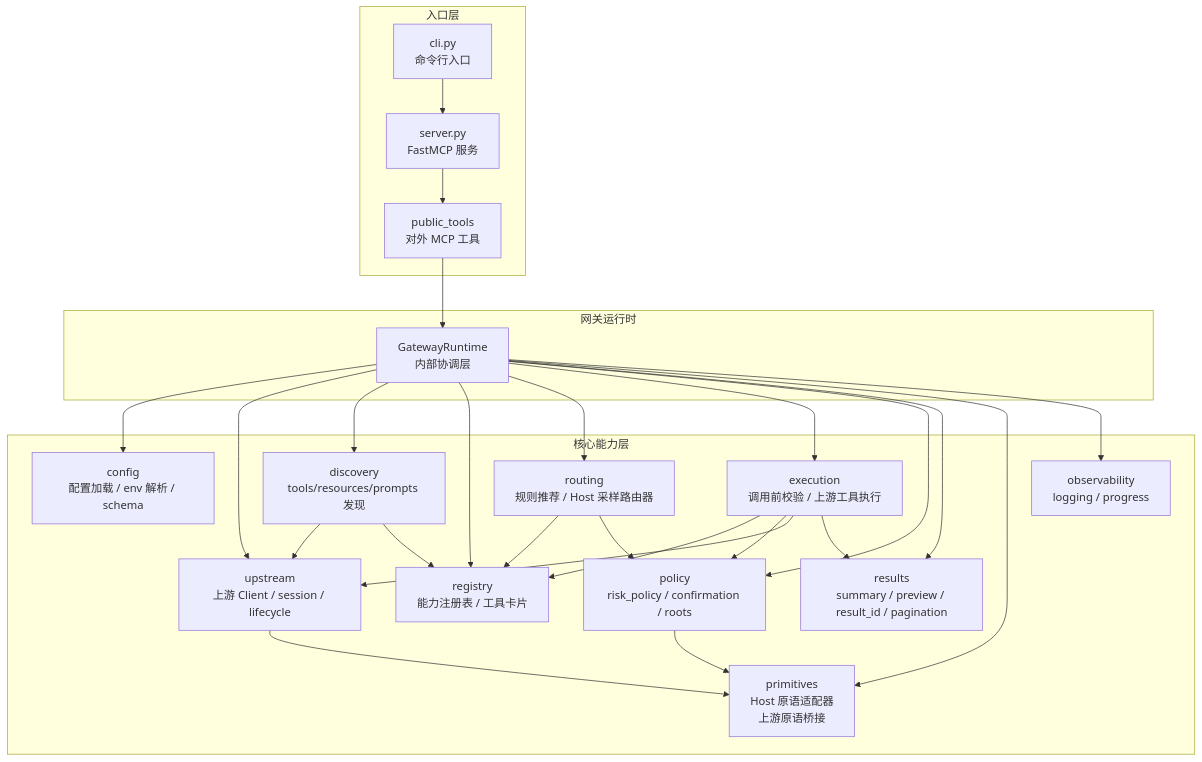
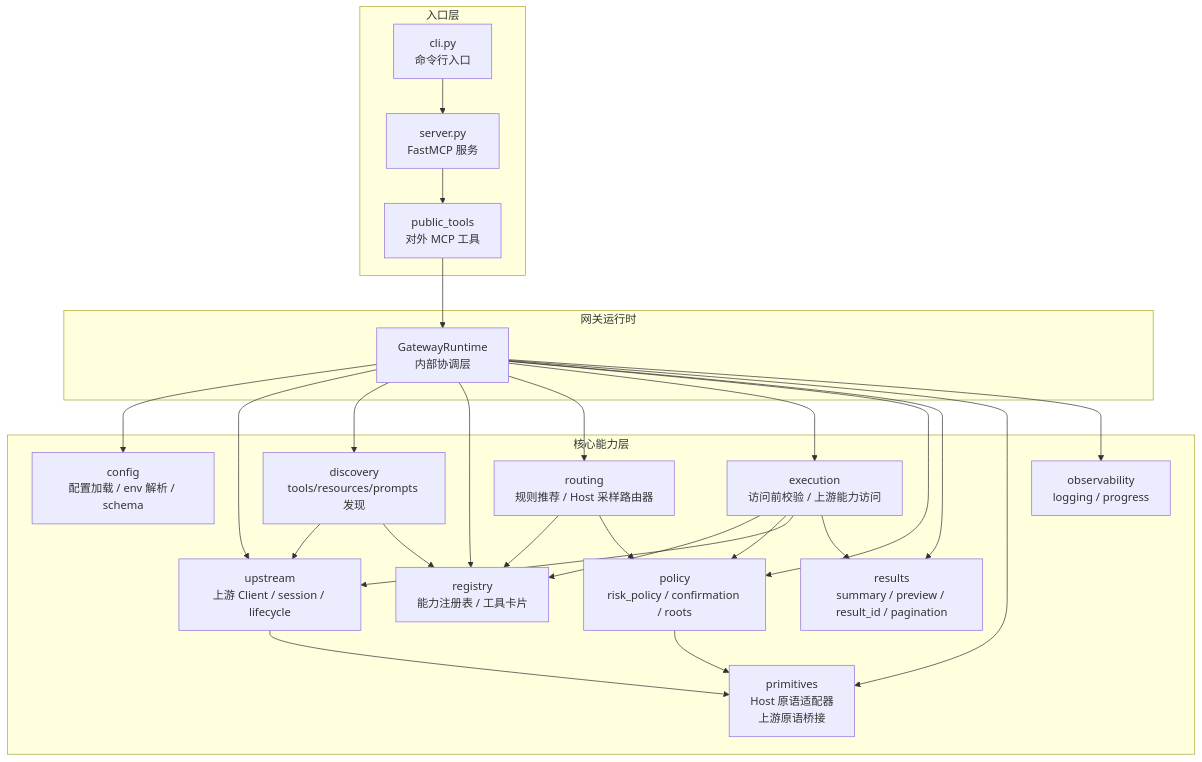
The second of 8 diagrams in docs/project-structure/02-final-architecture-diagram.md (TangRj-Git/mcp-conductor), drawn with Mermaid before and after one commit. The commit also changed other lines of this file and 78 other files, not shown here.

````diff
--- a/docs/project-structure/02-final-architecture-diagram.md
+++ b/docs/project-structure/02-final-architecture-diagram.md
@@ -55,51 +55,51 @@
 ```mermaid
 flowchart TB
     subgraph Entry["入口层"]
         CLI["cli.py<br/>命令行入口"]
         Server["server.py<br/>FastMCP 服务"]
         PublicTools["public_tools<br/>对外 MCP 工具"]
     end
 
     subgraph Runtime["网关运行时"]
         Gateway["GatewayRuntime<br/>内部协调层"]
     end
 
     subgraph Core["核心能力层"]
         Config["config<br/>配置加载 / env 解析 / schema"]
         Upstream["upstream<br/>上游 Client / session / lifecycle"]
         Discovery["discovery<br/>tools/resources/prompts 发现"]
         Registry["registry<br/>能力注册表 / 工具卡片"]
         Routing["routing<br/>规则推荐 / Host 采样路由器"]
-        Execution["execution<br/>调用前校验 / 上游工具执行"]
+        Execution["execution<br/>访问前校验 / 上游能力访问"]
         Policy["policy<br/>risk_policy / confirmation / roots"]
         Results["results<br/>summary / preview / result_id / pagination"]
         Primitives["primitives<br/>Host 原语适配器<br/>上游原语桥接"]
         Observability["observability<br/>logging / progress"]
     end
 
     CLI --> Server
     Server --> PublicTools
     PublicTools --> Gateway
 
     Gateway --> Config
     Gateway --> Upstream
     Gateway --> Discovery
     Gateway --> Registry
     Gateway --> Routing
     Gateway --> Execution
     Gateway --> Policy
     Gateway --> Results
     Gateway --> Primitives
     Gateway --> Observability
 
     Discovery --> Upstream
     Discovery --> Registry
     Routing --> Registry
     Routing --> Policy
     Execution --> Registry
     Execution --> Policy
     Execution --> Upstream
     Execution --> Results
     Policy --> Primitives
     Upstream --> Primitives
 ```
````
